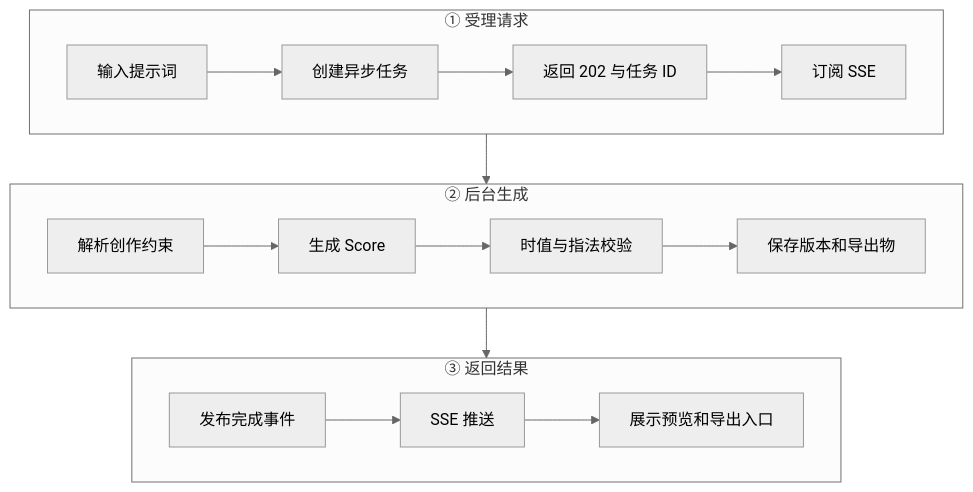
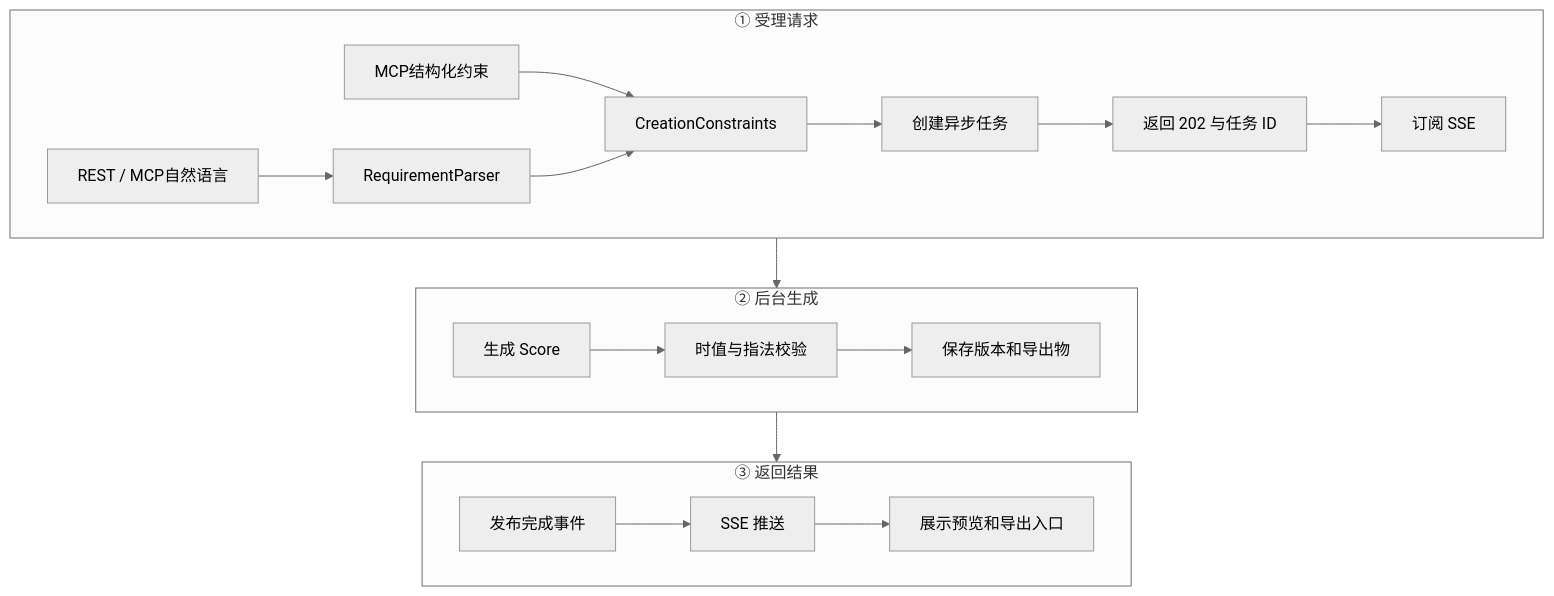
Before and after one commit to YuiHlk/Music-AI-Agent: the second of 2 diagrams in Music-AI-Agent-Docs/01-架构与数据流.md, drawn with Mermaid (neutral theme). The commit also changed other lines of this file and 31 other files, not shown here.

````diff
--- a/Music-AI-Agent-Docs/01-架构与数据流.md
+++ b/Music-AI-Agent-Docs/01-架构与数据流.md
@@ -49,26 +60,29 @@
 ```mermaid
 %%{init: {"flowchart": {"useMaxWidth": true, "htmlLabels": false}}}%%
 flowchart TB
     subgraph Request["① 受理请求"]
         direction LR
-        PROMPT["输入提示词"] --> TASK["创建异步任务"]
+        PROMPT["REST / MCP自然语言"] --> PARSE["RequirementParser"]
+        STRUCTURED["MCP结构化约束"] --> CONSTRAINTS["CreationConstraints"]
+        PARSE --> CONSTRAINTS
+        CONSTRAINTS --> TASK["创建异步任务"]
         TASK --> ACCEPT["返回 202 与任务 ID"]
         ACCEPT --> SUBSCRIBE["订阅 SSE"]
     end
 
     subgraph Generate["② 后台生成"]
         direction LR
-        PARSE["解析创作约束"] --> SCORE["生成 Score"]
+        SCORE["生成 Score"]
         SCORE --> VALIDATE["时值与指法校验"]
         VALIDATE --> SAVE["保存版本和导出物"]
     end
 
     subgraph Result["③ 返回结果"]
         direction LR
         EVENT["发布完成事件"] --> PUSH["SSE 推送"]
         PUSH --> PREVIEW["展示预览和导出入口"]
     end
 
-    SUBSCRIBE --> PARSE
+    TASK --> SCORE
     SAVE --> EVENT
 ```
````
